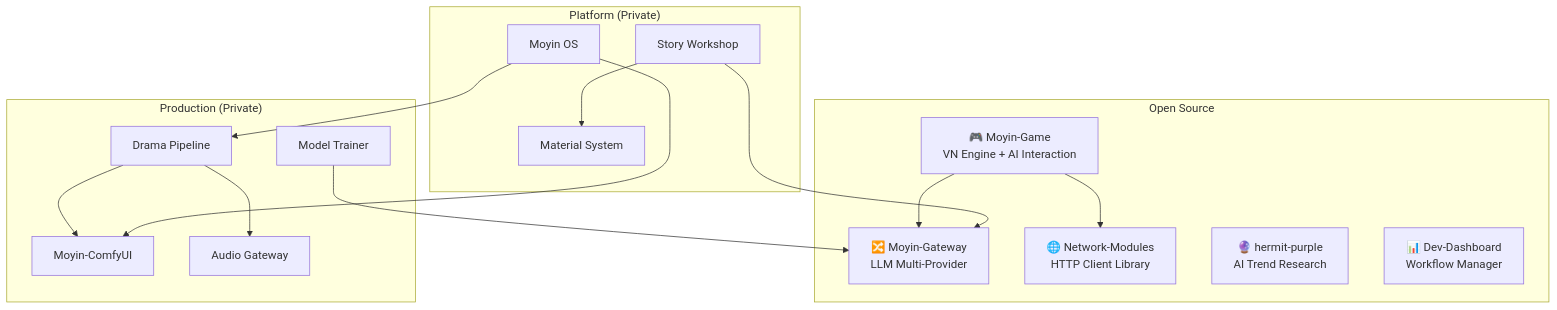
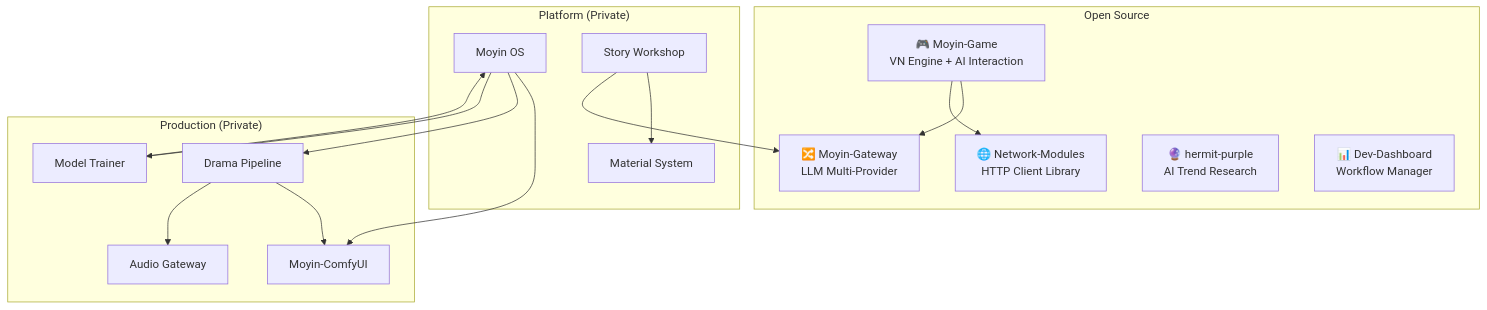
Before and after one commit to AtsushiHarimoto/Moyin-Factory: the diagram in README.md, drawn with Mermaid. The commit also changed other lines of this file and 7 other files, not shown here.

````diff
--- a/README.md
+++ b/README.md
@@ -18,33 +18,34 @@
 ```mermaid
 graph TB
     subgraph "Open Source"
         Game["🎮 Moyin-Game<br/>VN Engine + AI Interaction"]
         Gateway["🔀 Moyin-Gateway<br/>LLM Multi-Provider"]
         Net["🌐 Network-Modules<br/>HTTP Client Library"]
         Hermit["🔮 hermit-purple<br/>AI Trend Research"]
         Dash["📊 Dev-Dashboard<br/>Workflow Manager"]
     end
 
     subgraph "Platform (Private)"
         OS["Moyin OS"]
         Material["Material System"]
         Workshop["Story Workshop"]
     end
 
     subgraph "Production (Private)"
         ComfyUI["Moyin-ComfyUI"]
         Audio["Audio Gateway"]
         Trainer["Model Trainer"]
         Drama["Drama Pipeline"]
     end
 
     Game --> Gateway
     Game --> Net
     Workshop --> Material
     Workshop --> Gateway
     Drama --> ComfyUI
     Drama --> Audio
-    Trainer --> Gateway
+    Trainer --> OS
     OS --> ComfyUI
     OS --> Drama
+    OS --> Trainer
 ```
````
